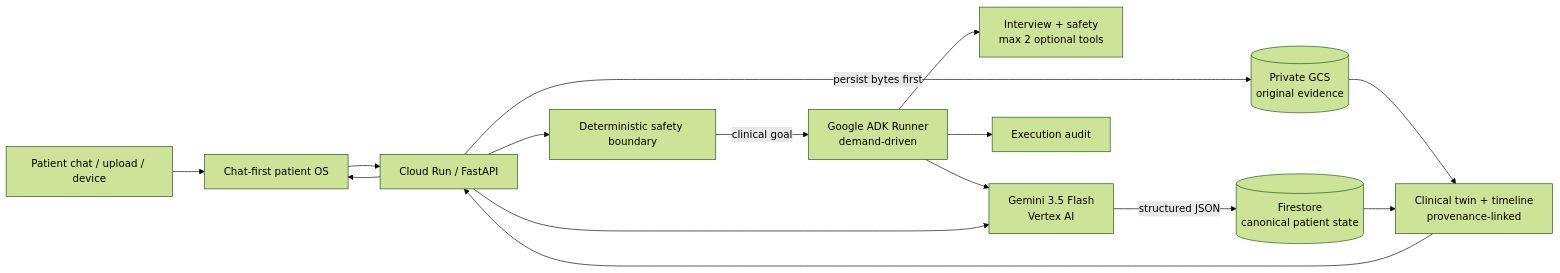
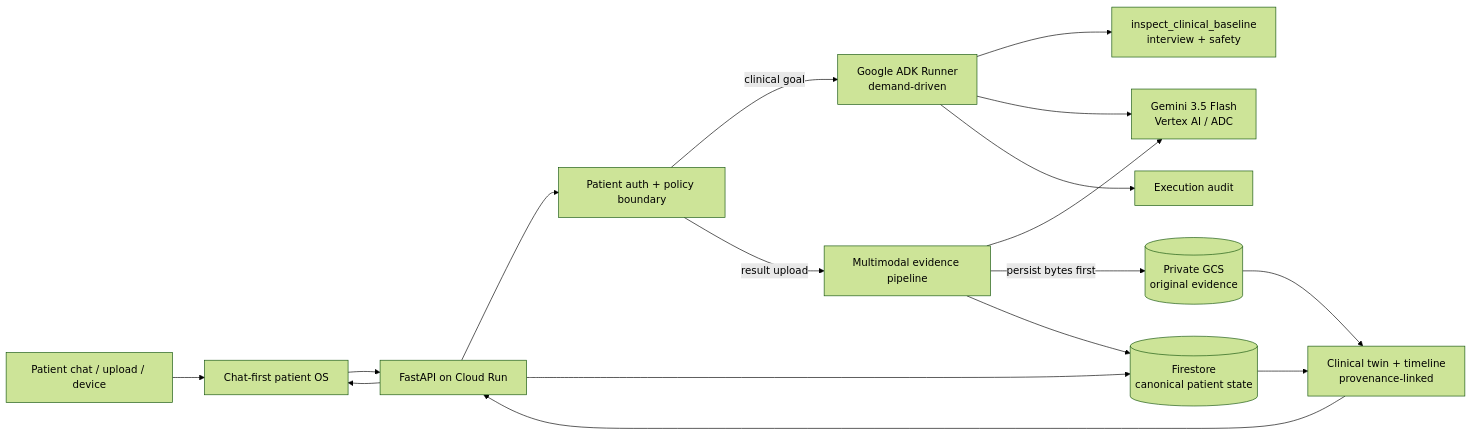
One commit to arisnachy/healthia-one changed the first of 2 diagrams in docs/ARCHITECTURE.md. Above: the diagram before and after it, drawn with Mermaid (forest theme). The commit also changed other lines of this file, not shown here.

Commit message:
docs: rewrite architecture around proven runtime and separate evidence gates

````diff
--- a/docs/ARCHITECTURE.md
+++ b/docs/ARCHITECTURE.md
@@ -5,25 +5,27 @@
 ```mermaid
 flowchart LR
-    PATIENT[Patient chat / upload / device]
+    P[Patient chat / upload / device]
     UI[Chat-first patient OS]
-    RUN[Cloud Run / FastAPI]
-    SAFE[Deterministic safety boundary]
+    RUN[FastAPI on Cloud Run]
+    AUTH[Patient auth + policy boundary]
     ADK[Google ADK Runner\ndemand-driven]
-    TOOLS[Interview + safety\nmax 2 optional tools]
-    VTX[Gemini 3.5 Flash\nVertex AI]
+    BASE[inspect_clinical_baseline\ninterview + safety]
+    VTX[Gemini 3.5 Flash\nVertex AI / ADC]
+    MM[Multimodal evidence pipeline]
     FS[(Firestore\ncanonical patient state)]
     GCS[(Private GCS\noriginal evidence)]
     TWIN[Clinical twin + timeline\nprovenance-linked]
     AUDIT[Execution audit]
 
-    PATIENT --> UI --> RUN --> SAFE
-    SAFE -->|clinical goal| ADK --> TOOLS
+    P --> UI --> RUN --> AUTH
+    AUTH -->|clinical goal| ADK --> BASE
     ADK --> VTX
-    RUN -->|persist bytes first| GCS
-    RUN --> VTX
-    VTX -->|structured JSON| FS
+    AUTH -->|result upload| MM --> VTX
+    MM -->|persist bytes first| GCS
+    RUN --> FS
+    MM --> FS
+    FS --> TWIN
     GCS --> TWIN
-    FS --> TWIN
     ADK --> AUDIT
     TWIN --> RUN --> UI
 ```
````
